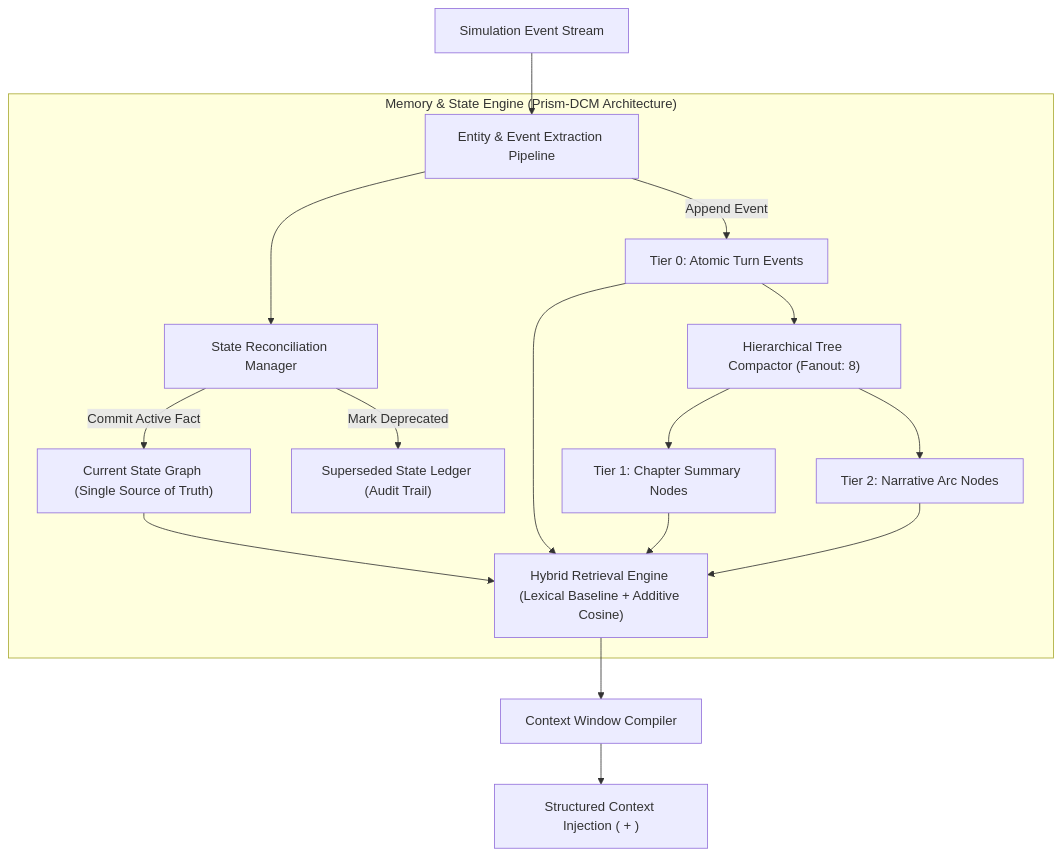
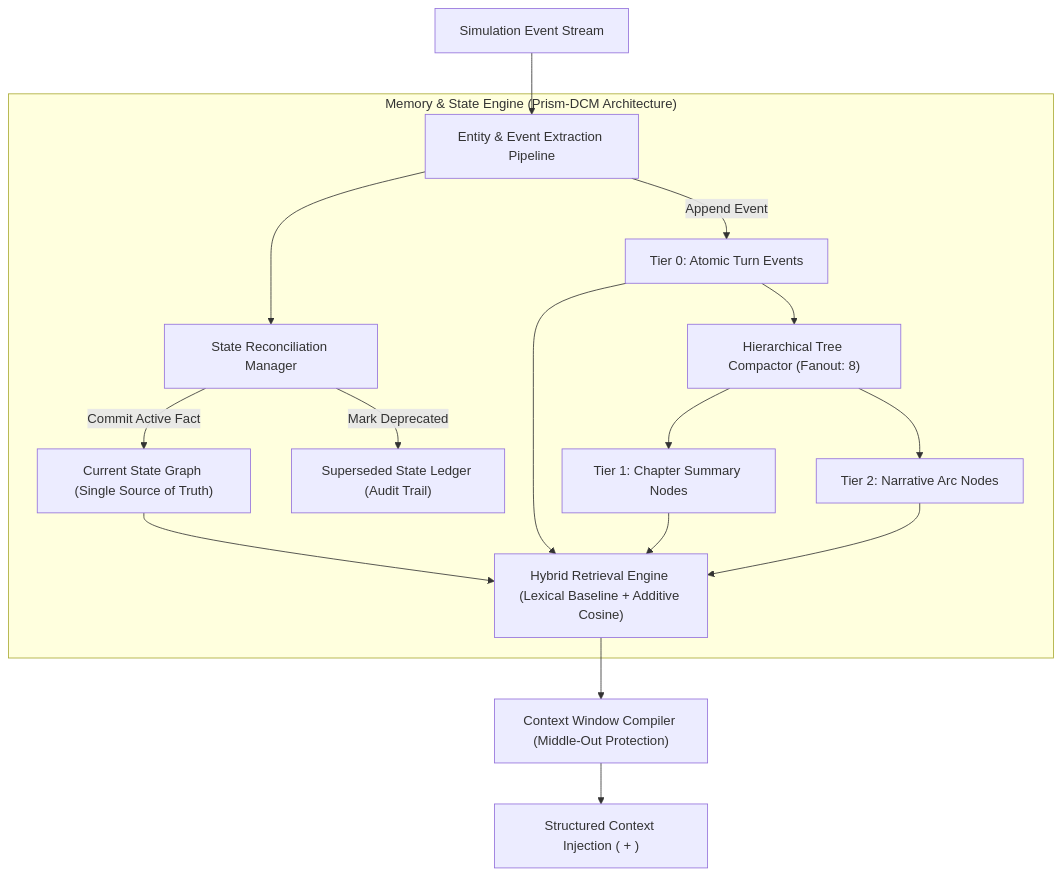
Before and after one commit to JooduG/RPGlitch: the diagram in ROADMAP.md, drawn with Mermaid. The commit also changed other lines of this file, not shown here.

Commit message:
docs: expand technical roadmap with detailed memory compaction and runtime orchestration specifications

````diff
--- a/ROADMAP.md
+++ b/ROADMAP.md
@@ -33,24 +33,24 @@
 ```mermaid
 flowchart TD
     TurnLogs["Simulation Event Stream"] --> Extractor["Entity & Event Extraction Pipeline"]
 
     subgraph MemoryEngine ["Memory & State Engine (Prism-DCM Architecture)"]
         Extractor --> StateMachine["State Reconciliation Manager"]
         StateMachine --> |"Commit Active Fact"| FactGraph["Current State Graph (Single Source of Truth)"]
         StateMachine --> |"Mark Deprecated"| SupersededStore["Superseded State Ledger (Audit Trail)"]
 
         Extractor --> |"Append Event"| Tier0["Tier 0: Atomic Turn Events"]
         Tier0 --> Compactor["Hierarchical Tree Compactor (Fanout: 8)"]
         Compactor --> Tier1["Tier 1: Chapter Summary Nodes"]
         Compactor --> Tier2["Tier 2: Narrative Arc Nodes"]
 
         HybridSearch["Hybrid Retrieval Engine (Lexical Baseline + Additive Cosine)"]
         FactGraph --> HybridSearch
         Tier0 --> HybridSearch
         Tier1 --> HybridSearch
         Tier2 --> HybridSearch
     end
 
-    HybridSearch --> ContextBuilder["Context Window Compiler"]
+    HybridSearch --> ContextBuilder["Context Window Compiler (Middle-Out Protection)"]
     ContextBuilder --> PromptBuffer["Structured Context Injection (<CURRENT_STATE> + <HISTORICAL_CONTEXT>)"]
 ```
````
